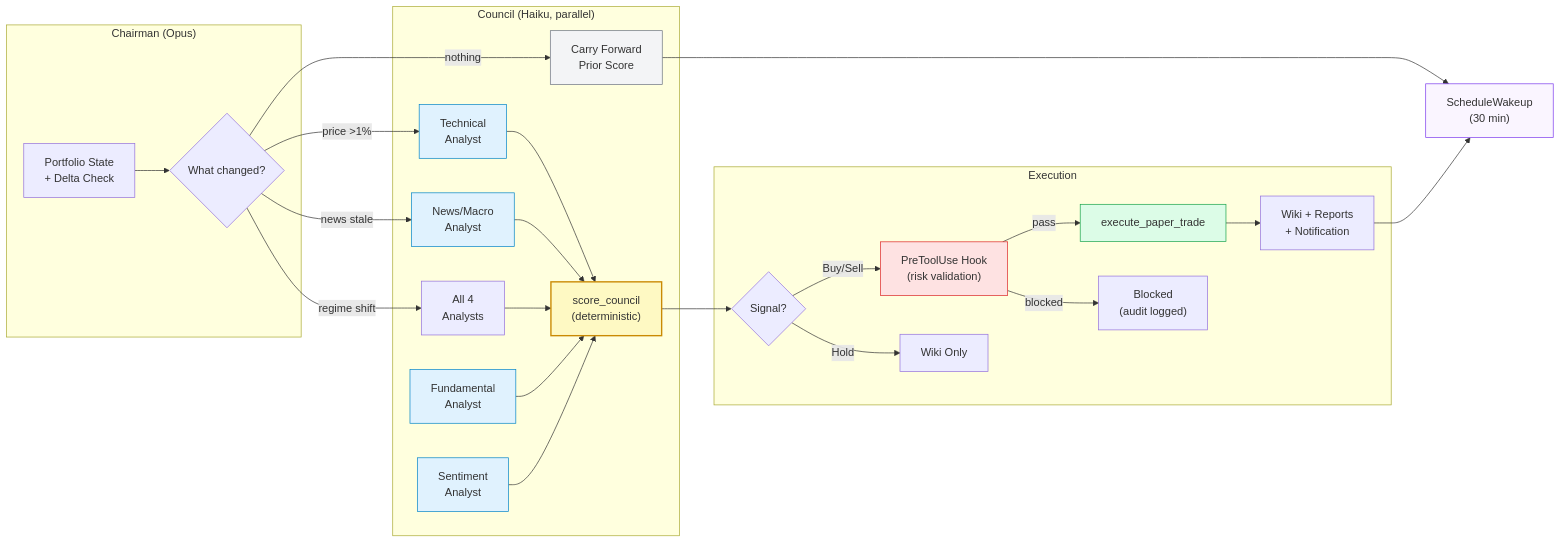
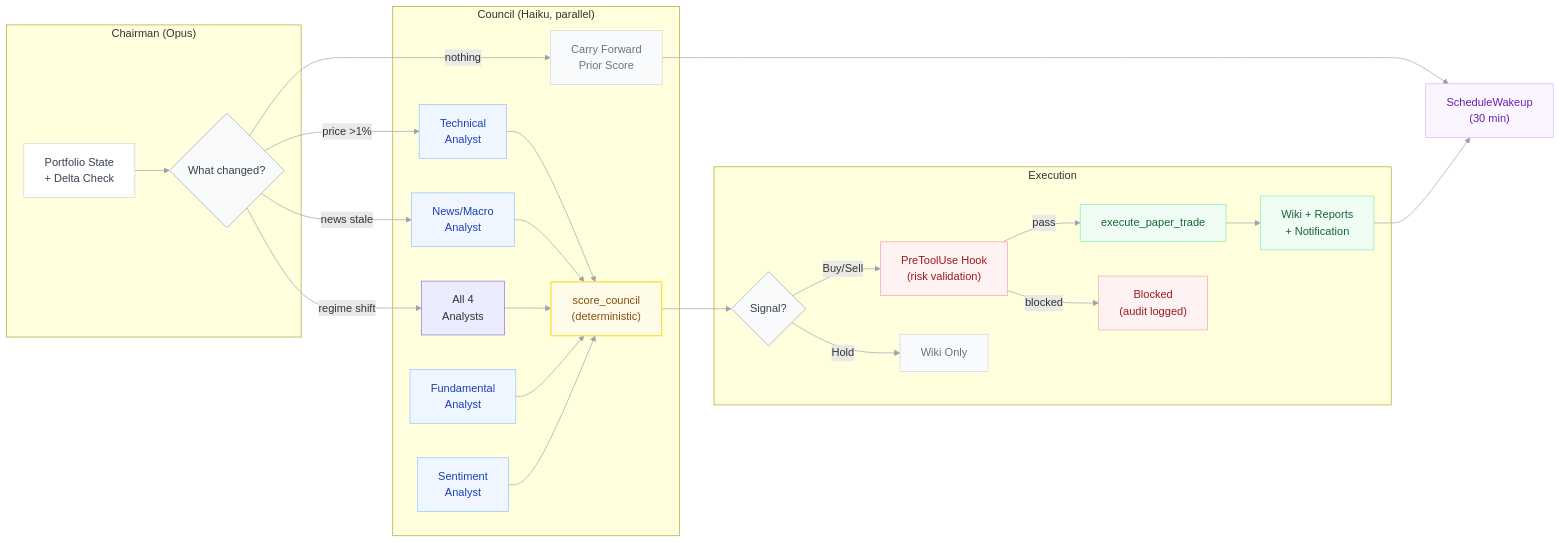
The diagram in README.md (krish-shahh/quorum), drawn with Mermaid before and after one commit. The commit also changed 1 other file, not shown here.

Commit message:
Update roadmap: multi-asset support (ETFs, futures, prediction markets)
- Clean up TASKS.md: consolidate completed items, remove stale sections
- Add Phase 1: bond & commodity ETF support (asset detection, conditional
  analyst routing, prompt updates)
- Add Phase 2: commodity futures (contract multipliers, notional
  accounting, expiry/rolling, leverage-aware risk)
- Add Phase 3: prediction markets — Kalshi + Polymarket (probability
  data model, binary contract execution, event-driven analysis)
- Fix README diagram to light mode theme

````diff
--- a/README.md
+++ b/README.md
@@ -11,40 +11,47 @@
 ```mermaid
+%%{init: {'theme': 'default', 'themeVariables': {'lineColor': '#9ca3af', 'primaryColor': '#ffffff', 'primaryBorderColor': '#d1d5db', 'primaryTextColor': '#1f2937'}}}%%
 graph LR
     subgraph "Chairman (Opus)"
         START["Portfolio State\n+ Delta Check"] --> TRIAGE{"What changed?"}
     end
 
     subgraph "Council (Haiku, parallel)"
         TRIAGE -- "price >1%" --> TECH["Technical\nAnalyst"]
         TRIAGE -- "news stale" --> NEWS["News/Macro\nAnalyst"]
         TRIAGE -- "regime shift" --> ALL["All 4\nAnalysts"]
         TRIAGE -- "nothing" --> CARRY["Carry Forward\nPrior Score"]
         TECH --> SCORE
         NEWS --> SCORE
         ALL --> SCORE
         FUND["Fundamental\nAnalyst"] --> SCORE
         SENT["Sentiment\nAnalyst"] --> SCORE
     end
 
     subgraph "Execution"
         SCORE["score_council\n(deterministic)"] --> DECIDE{"Signal?"}
         DECIDE -- "Buy/Sell" --> HOOK["PreToolUse Hook\n(risk validation)"]
         HOOK -- "pass" --> TRADE["execute_paper_trade"]
         HOOK -- "blocked" --> LOG1["Blocked\n(audit logged)"]
         DECIDE -- "Hold" --> LOG2["Wiki Only"]
         TRADE --> WIKI["Wiki + Reports\n+ Notification"]
     end
 
     CARRY --> WAKE["ScheduleWakeup\n(30 min)"]
     WIKI --> WAKE
 
-    style TECH fill:#e0f2fe,stroke:#0284c7
-    style FUND fill:#e0f2fe,stroke:#0284c7
-    style SENT fill:#e0f2fe,stroke:#0284c7
-    style NEWS fill:#e0f2fe,stroke:#0284c7
-    style SCORE fill:#fef9c3,stroke:#ca8a04,stroke-width:2px
-    style TRADE fill:#dcfce7,stroke:#16a34a
-    style HOOK fill:#fee2e2,stroke:#dc2626
-    style CARRY fill:#f3f4f6,stroke:#6b7280
-    style WAKE fill:#faf5ff,stroke:#7c3aed
+    style START fill:#ffffff,stroke:#d1d5db,color:#374151
+    style TRIAGE fill:#f9fafb,stroke:#9ca3af,color:#374151
+    style TECH fill:#eff6ff,stroke:#93c5fd,color:#1e40af
+    style FUND fill:#eff6ff,stroke:#93c5fd,color:#1e40af
+    style SENT fill:#eff6ff,stroke:#93c5fd,color:#1e40af
+    style NEWS fill:#eff6ff,stroke:#93c5fd,color:#1e40af
+    style SCORE fill:#fefce8,stroke:#fde047,stroke-width:2px,color:#854d0e
+    style DECIDE fill:#f9fafb,stroke:#9ca3af,color:#374151
+    style TRADE fill:#f0fdf4,stroke:#86efac,color:#166534
+    style HOOK fill:#fef2f2,stroke:#fca5a5,color:#991b1b
+    style LOG1 fill:#fef2f2,stroke:#fca5a5,color:#991b1b
+    style LOG2 fill:#f9fafb,stroke:#d1d5db,color:#6b7280
+    style CARRY fill:#f9fafb,stroke:#d1d5db,color:#6b7280
+    style WIKI fill:#f0fdf4,stroke:#86efac,color:#166534
+    style WAKE fill:#faf5ff,stroke:#d8b4fe,color:#6b21a8
 ```
````
